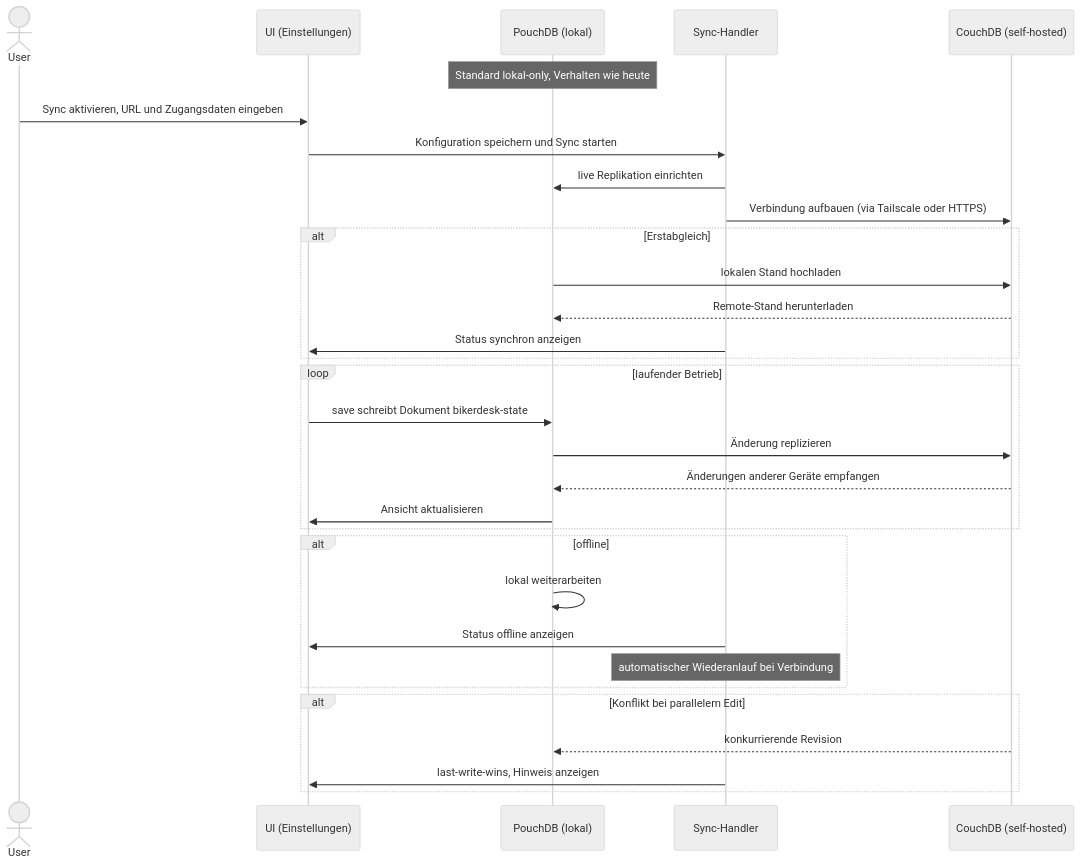
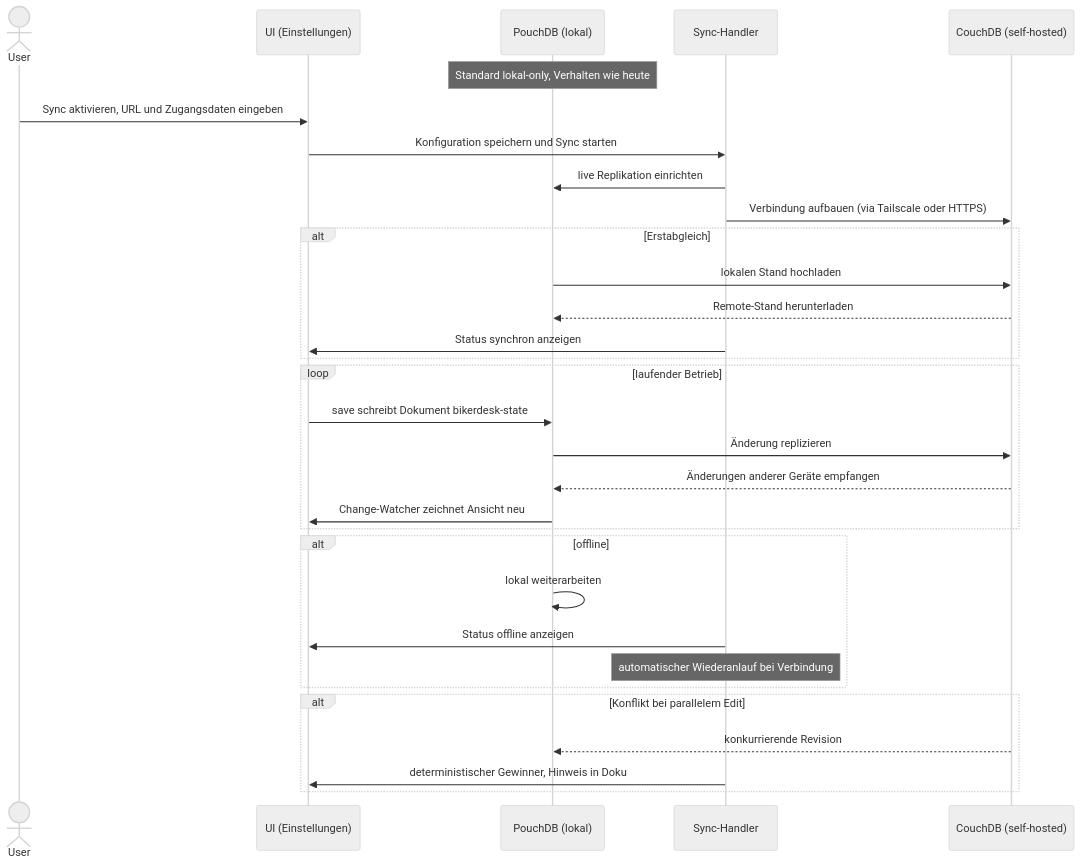
Before and after one commit to Ricci73/motorrad-serviceheft: the eighth of 8 diagrams in docs/DESIGN.md, drawn with Mermaid (neutral theme). The commit also changed other lines of this file, not shown here.

Commit message:
docs: Design an umgesetzten Sync angepasst (PouchDB, Change-Watcher, Queue, Konflikthinweis)

````diff
--- a/docs/DESIGN.md
+++ b/docs/DESIGN.md
@@ -566,38 +566,38 @@
 ```mermaid
 sequenceDiagram
     actor User
     participant UI as UI (Einstellungen)
     participant Pouch as PouchDB (lokal)
     participant Sync as Sync-Handler
     participant Couch as CouchDB (self-hosted)
 
     Note over Pouch: Standard lokal-only, Verhalten wie heute
 
     User->>UI: Sync aktivieren, URL und Zugangsdaten eingeben
     UI->>Sync: Konfiguration speichern und Sync starten
     Sync->>Pouch: live Replikation einrichten
     Sync->>Couch: Verbindung aufbauen (via Tailscale oder HTTPS)
     alt Erstabgleich
         Pouch->>Couch: lokalen Stand hochladen
         Couch-->>Pouch: Remote-Stand herunterladen
         Sync->>UI: Status synchron anzeigen
     end
 
     loop laufender Betrieb
         UI->>Pouch: save schreibt Dokument bikerdesk-state
         Pouch->>Couch: Änderung replizieren
         Couch-->>Pouch: Änderungen anderer Geräte empfangen
-        Pouch->>UI: Ansicht aktualisieren
+        Pouch->>UI: Change-Watcher zeichnet Ansicht neu
     end
 
     alt offline
         Pouch->>Pouch: lokal weiterarbeiten
         Sync->>UI: Status offline anzeigen
         Note over Sync: automatischer Wiederanlauf bei Verbindung
     end
 
     alt Konflikt bei parallelem Edit
         Couch-->>Pouch: konkurrierende Revision
-        Sync->>UI: last-write-wins, Hinweis anzeigen
+        Sync->>UI: deterministischer Gewinner, Hinweis in Doku
     end
 ```
````
